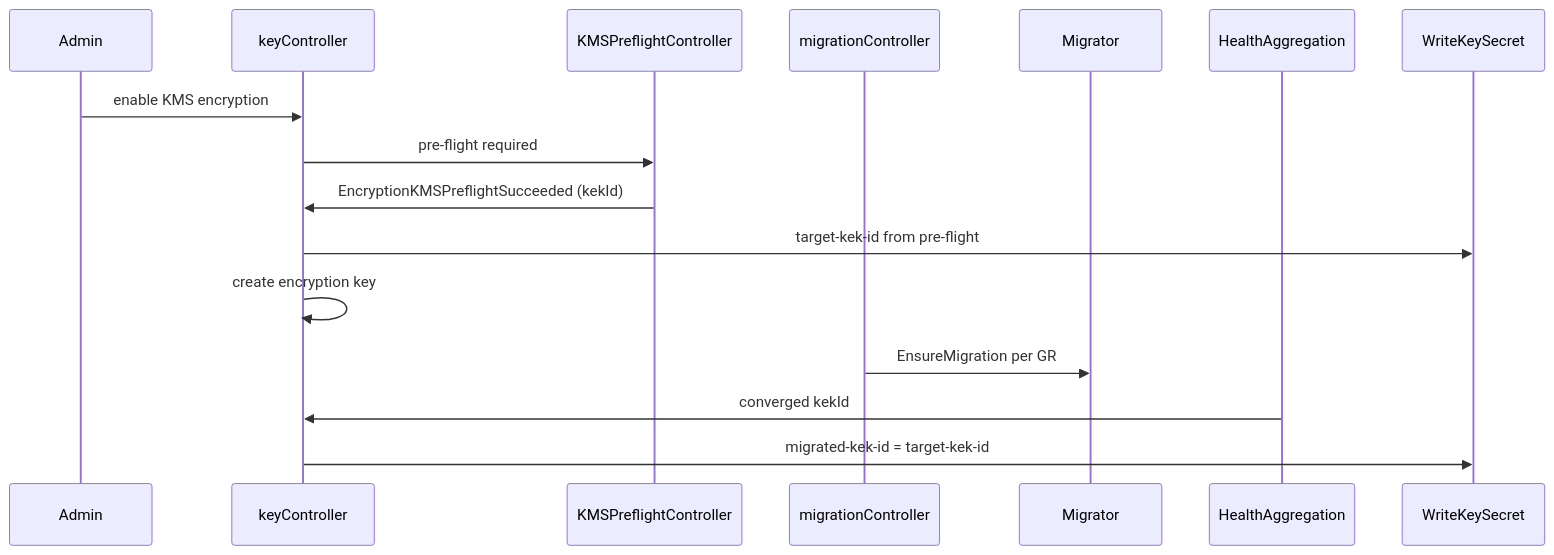
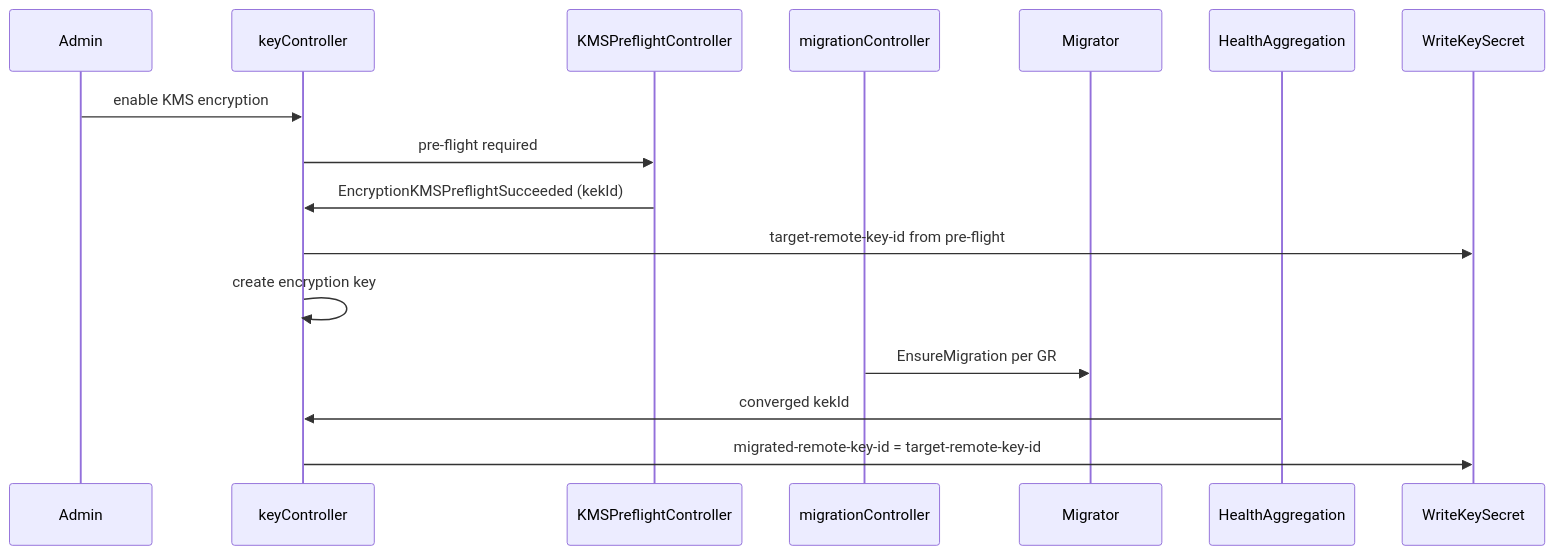
The first of 3 diagrams in enhancements/kube-apiserver/kms-encryption-foundations.md (openshift/enhancements), drawn with Mermaid before and after one commit. The commit also changed other lines of this file, not shown here.

First line of the commit message:
NO-JIRA: update to move kek to remote key id

````diff
--- a/enhancements/kube-apiserver/kms-encryption-foundations.md
+++ b/enhancements/kube-apiserver/kms-encryption-foundations.md
@@ -520,19 +520,19 @@
 ```mermaid
 sequenceDiagram
     participant Admin
     participant KeyCtrl as keyController
     participant Preflight as KMSPreflightController
     participant MigCtrl as migrationController
     participant SVM as Migrator
     participant Health as HealthAggregation
     participant Secret as WriteKeySecret
 
     Admin->>KeyCtrl: enable KMS encryption
     KeyCtrl->>Preflight: pre-flight required
     Preflight->>KeyCtrl: EncryptionKMSPreflightSucceeded (kekId)
-    KeyCtrl->>Secret: target-kek-id from pre-flight
+    KeyCtrl->>Secret: target-remote-key-id from pre-flight
     KeyCtrl->>KeyCtrl: create encryption key
     MigCtrl->>SVM: EnsureMigration per GR
     Health->>KeyCtrl: converged kekId
-    KeyCtrl->>Secret: migrated-kek-id = target-kek-id
+    KeyCtrl->>Secret: migrated-remote-key-id = target-remote-key-id
 ```
````
